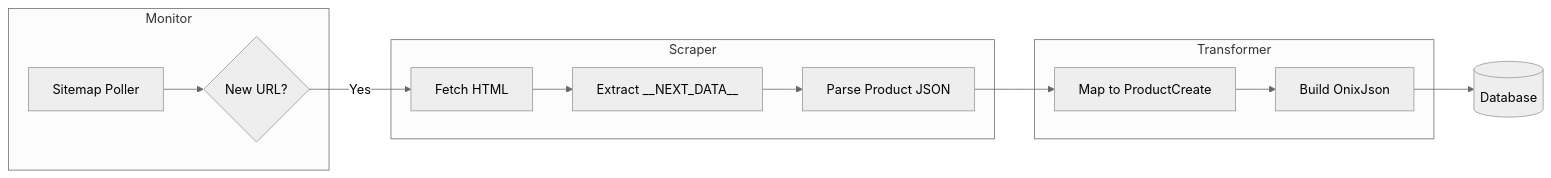
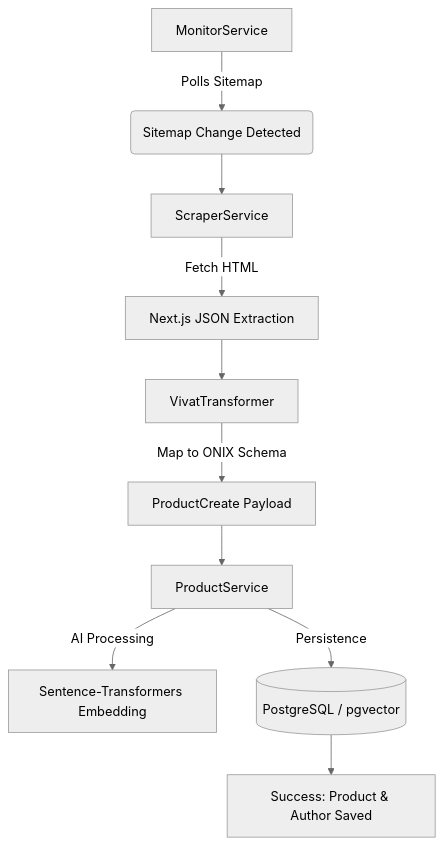
The diagram in WALKTHROUGH.md (nuclear-cloud/onix), drawn with Mermaid (neutral theme) before and after one commit. The commit also changed other lines of this file, not shown here.

````diff
--- a/WALKTHROUGH.md
+++ b/WALKTHROUGH.md
@@ -22,16 +24,12 @@
 ```mermaid
-flowchart LR
-    subgraph Monitor
-        A[Sitemap Poller] --> B{New URL?}
-    end
-    subgraph Scraper
-        B -->|Yes| C[Fetch HTML]
-        C --> D[Extract __NEXT_DATA__]
-        D --> E[Parse Product JSON]
-    end
-    subgraph Transformer
-        E --> F[Map to ProductCreate]
-        F --> G[Build OnixJson]
-    end
-    G --> H[(Database)]
+graph TD
+    A[MonitorService] -->|Polls Sitemap| B(Sitemap Change Detected)
+    B --> C[ScraperService]
+    C -->|Fetch HTML| D[Next.js JSON Extraction]
+    D --> E[VivatTransformer]
+    E -->|Map to ONIX Schema| F[ProductCreate Payload]
+    F --> G[ProductService]
+    G -->|AI Processing| H[Sentence-Transformers Embedding]
+    G -->|Persistence| I[(PostgreSQL / pgvector)]
+    I --> J[Success: Product & Author Saved]
 ```
````
